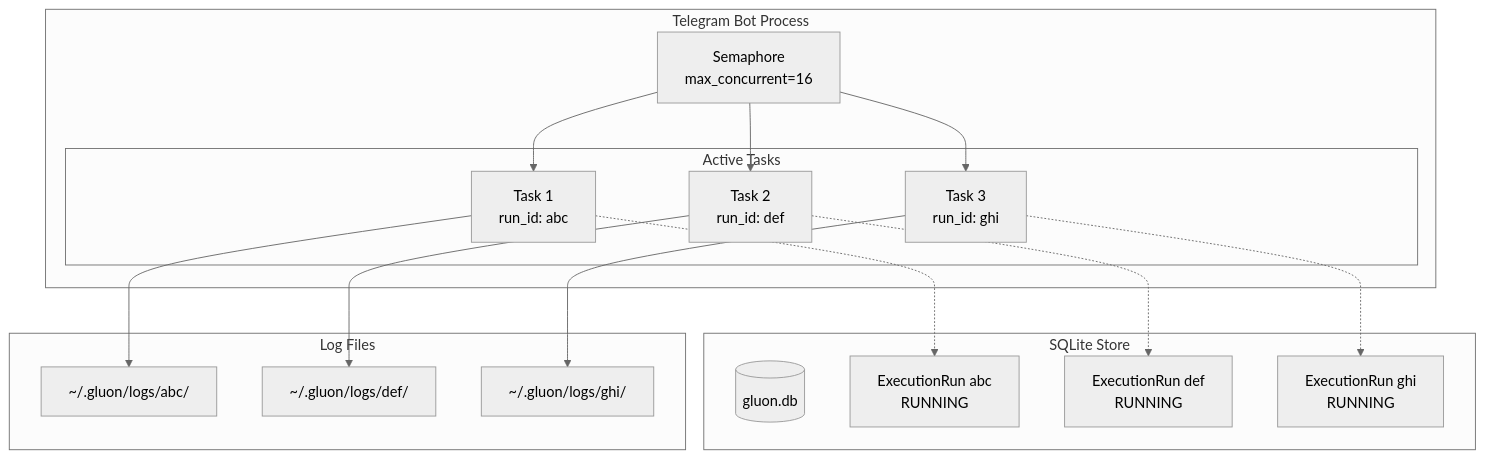
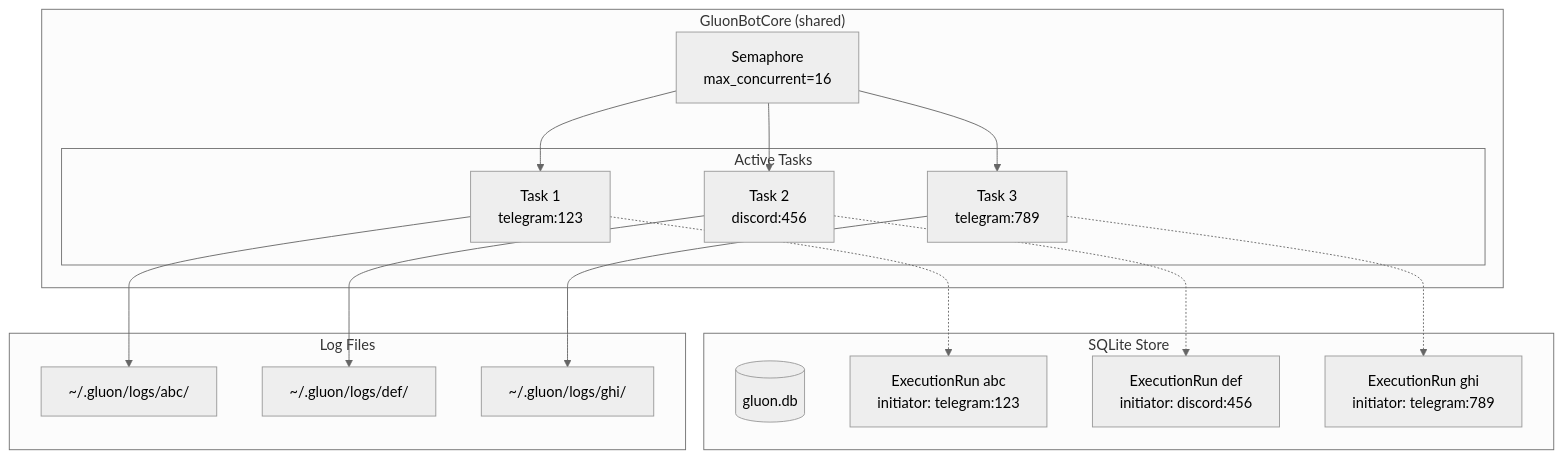
The eighth of 18 diagrams in README.md (carrotly-ai/gluon-agent), drawn with Mermaid (neutral theme) before and after one commit. The commit also changed other lines of this file and 18 other files, not shown here.

````diff
--- a/README.md
+++ b/README.md
@@ -346,37 +361,37 @@
 ```mermaid
 flowchart TB
-    subgraph "Telegram Bot Process"
+    subgraph "GluonBotCore (shared)"
         SEM[Semaphore<br/>max_concurrent=16]
 
         subgraph "Active Tasks"
-            T1[Task 1<br/>run_id: abc]
-            T2[Task 2<br/>run_id: def]
-            T3[Task 3<br/>run_id: ghi]
+            T1[Task 1<br/>telegram:123]
+            T2[Task 2<br/>discord:456]
+            T3[Task 3<br/>telegram:789]
         end
 
         SEM --> T1
         SEM --> T2
         SEM --> T3
     end
 
     subgraph "SQLite Store"
         DB[(gluon.db)]
-        R1[ExecutionRun abc<br/>RUNNING]
-        R2[ExecutionRun def<br/>RUNNING]
-        R3[ExecutionRun ghi<br/>RUNNING]
+        R1[ExecutionRun abc<br/>initiator: telegram:123]
+        R2[ExecutionRun def<br/>initiator: discord:456]
+        R3[ExecutionRun ghi<br/>initiator: telegram:789]
     end
 
     T1 -.-> R1
     T2 -.-> R2
     T3 -.-> R3
 
     subgraph "Log Files"
         L1[~/.gluon/logs/abc/]
         L2[~/.gluon/logs/def/]
         L3[~/.gluon/logs/ghi/]
     end
 
     T1 --> L1
     T2 --> L2
     T3 --> L3
 ```
````
